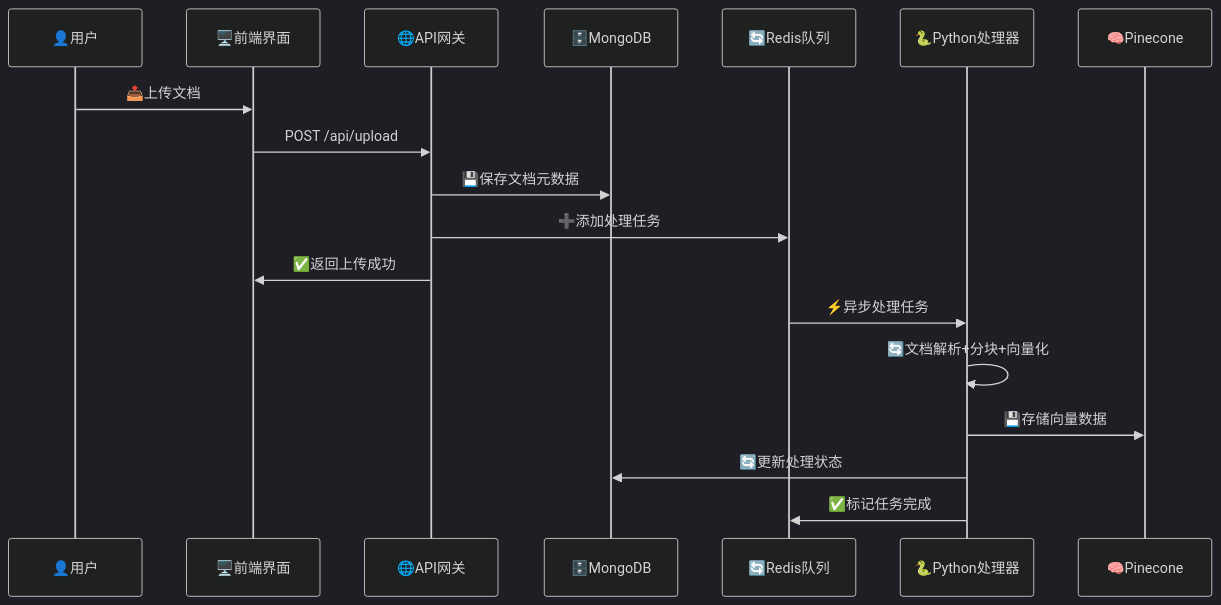
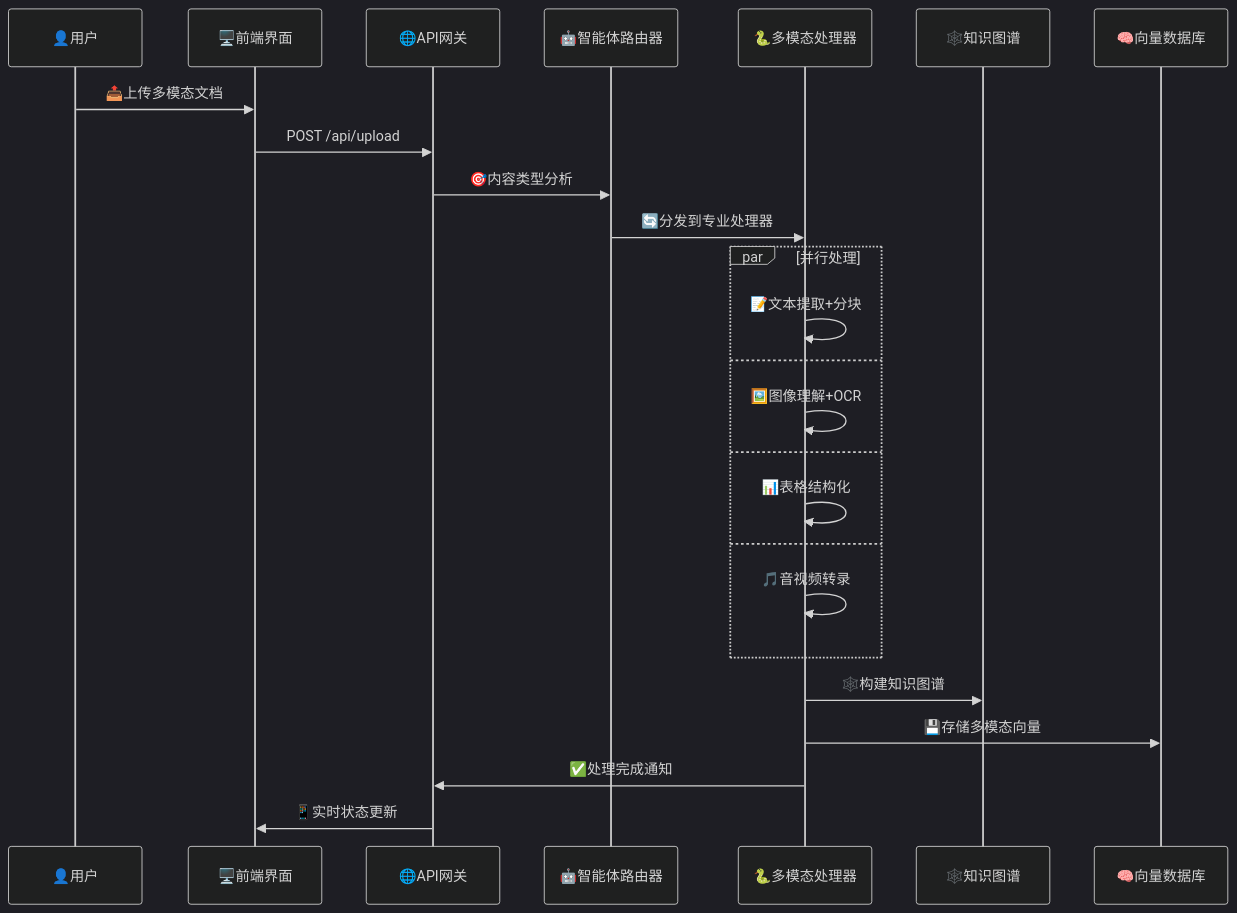
The first of 2 diagrams in README.md (totodo/allpassagent), drawn with Mermaid (dark theme) before and after one commit. The commit also changed other lines of this file and 12 other files, not shown here.

````diff
--- a/README.md
+++ b/README.md
@@ -366,21 +443,30 @@
 ```mermaid
 sequenceDiagram
     participant U as 👤用户
     participant F as 🖥️前端界面
     participant A as 🌐API网关
-    participant M as 🗄️MongoDB
-    participant Q as 🔄Redis队列
-    participant P as 🐍Python处理器
-    participant V as 🧠Pinecone
+    participant R as 🤖智能体路由器
+    participant P as 🐍多模态处理器
+    participant G as 🕸️知识图谱
+    participant V as 🧠向量数据库
 
-    U->>F: 📤上传文档
+    U->>F: 📤上传多模态文档
     F->>A: POST /api/upload
-    A->>M: 💾保存文档元数据
-    A->>Q: ➕添加处理任务
-    A->>F: ✅返回上传成功
-    Q->>P: ⚡异步处理任务
-    P->>P: 🔄文档解析+分块+向量化
-    P->>V: 💾存储向量数据
-    P->>M: 🔄更新处理状态
-    P->>Q: ✅标记任务完成
+    A->>R: 🎯内容类型分析
+    R->>P: 🔄分发到专业处理器
+    
+    par 并行处理
+        P->>P: 📝文本提取+分块
+    and
+        P->>P: 🖼️图像理解+OCR
+    and  
+        P->>P: 📊表格结构化
+    and
+        P->>P: 🎵音视频转录
+    end
+    
+    P->>G: 🕸️构建知识图谱
+    P->>V: 💾存储多模态向量
+    P->>A: ✅处理完成通知
+    A->>F: 📱实时状态更新
 ```
````
